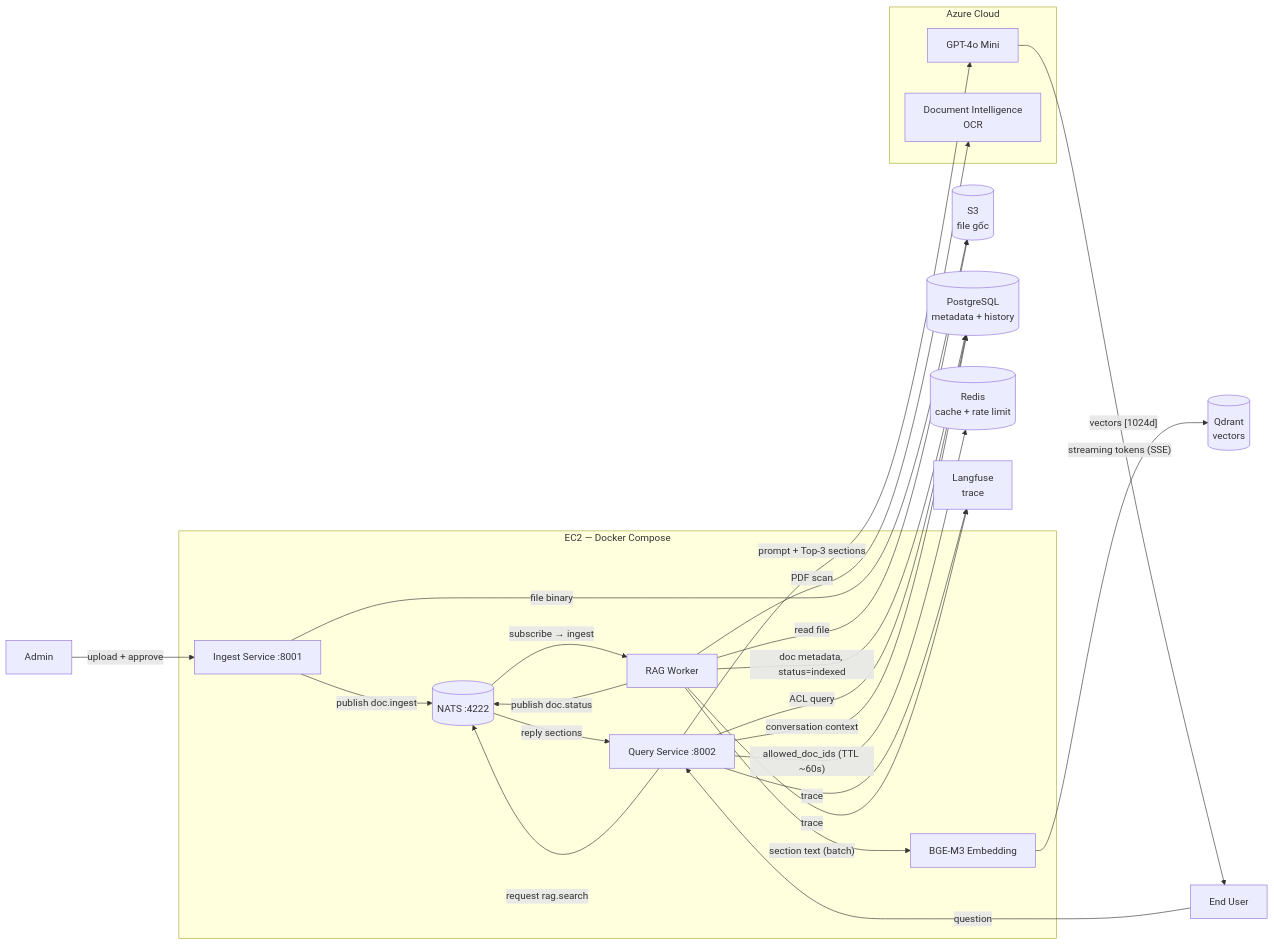
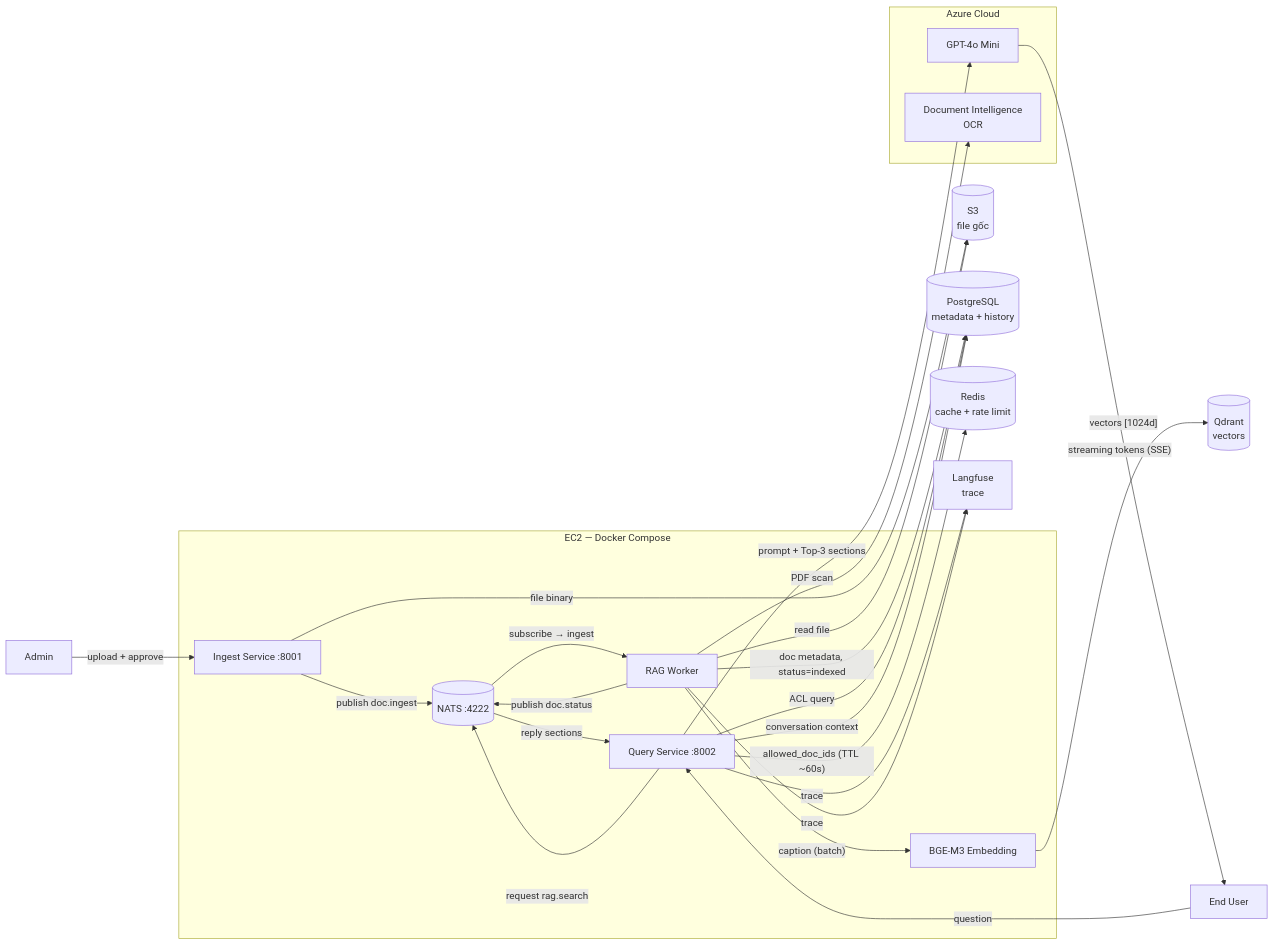
The fifth of 6 diagrams in docs/SA_RAG_Chatbot_Final.md (cds0987/DA08-VSF-AI), drawn with Mermaid before and after one commit. The commit also changed other lines of this file and 1 other file, not shown here.

````diff
--- a/docs/SA_RAG_Chatbot_Final.md
+++ b/docs/SA_RAG_Chatbot_Final.md
@@ -472,46 +479,46 @@
 ```mermaid
 flowchart LR
     ADM["Admin"]
     EU["End User"]
 
     subgraph BACKEND["EC2 — Docker Compose"]
         INGEST["Ingest Service :8001"]
         QUERY["Query Service :8002"]
         RAG["RAG Worker"]
         BGE["BGE-M3 Embedding"]
         NATS[("NATS :4222")]
     end
 
     S3[("S3\nfile gốc")]
     PG[("PostgreSQL\nmetadata + history")]
     QD[("Qdrant\nvectors")]
     REDIS[("Redis\ncache + rate limit")]
     LF["Langfuse\ntrace"]
 
     subgraph AZURE["Azure Cloud"]
         LLM["GPT-4o Mini"]
         OCR["Document Intelligence\nOCR"]
     end
 
     ADM -->|"upload + approve"| INGEST
     INGEST -->|"file binary"| S3
     INGEST -->|"publish doc.ingest"| NATS
     NATS -->|"subscribe → ingest"| RAG
     RAG -->|"read file"| S3
     RAG -->|"PDF scan"| OCR
-    RAG -->|"section text (batch)"| BGE
+    RAG -->|"caption (batch)"| BGE
     BGE -->|"vectors [1024d]"| QD
     RAG -->|"doc metadata, status=indexed"| PG
     RAG -->|"publish doc.status"| NATS
 
     EU -->|"question"| QUERY
     QUERY -->|"ACL query"| PG
     QUERY -->|"allowed_doc_ids (TTL ~60s)"| REDIS
     QUERY -->|"request rag.search"| NATS
     NATS -->|"reply sections"| QUERY
     QUERY -->|"conversation context"| PG
     QUERY -->|"prompt + Top-3 sections"| LLM
     LLM -->|"streaming tokens (SSE)"| EU
     QUERY -->|"trace"| LF
     RAG -->|"trace"| LF
 ```
````
